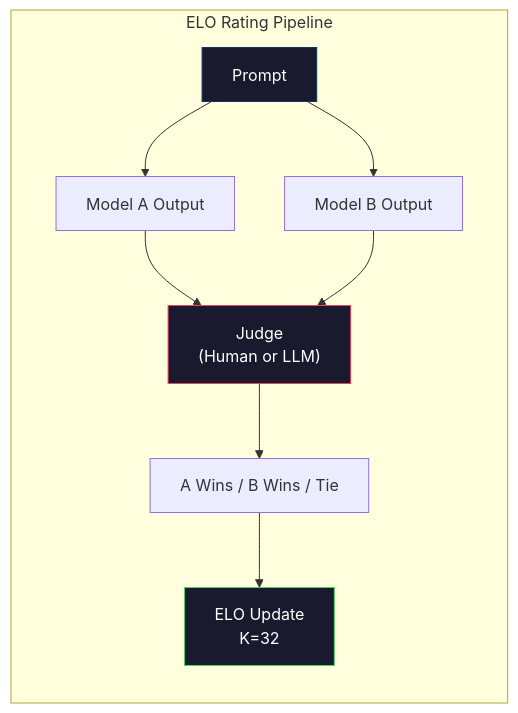
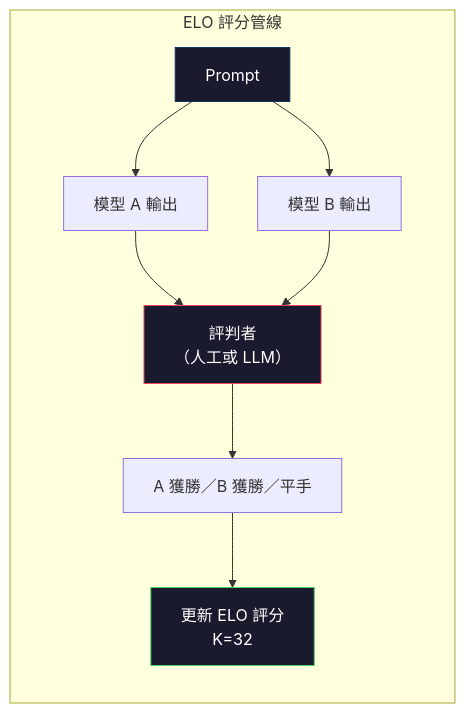
Before and after one commit to edward821220/ai-engineering-from-scratch: the second of 2 diagrams in i18n/zh-TW/phases/10-llms-from-scratch/10-evaluation/docs/zh-TW.md, drawn with Mermaid. The commit also changed other lines of this file and 123 other files, not shown here.

````diff
--- a/i18n/zh-TW/phases/10-llms-from-scratch/10-evaluation/docs/zh-TW.md
+++ b/i18n/zh-TW/phases/10-llms-from-scratch/10-evaluation/docs/zh-TW.md
@@ -92,16 +92,16 @@
 ```mermaid
 graph LR
-    subgraph ELO["ELO Rating Pipeline"]
+    subgraph ELO["ELO 評分管線"]
         direction TB
-        P["Prompt"] --> MA["Model A Output"]
-        P --> MB["Model B Output"]
-        MA --> J["Judge\n(Human or LLM)"]
+        P["Prompt"] --> MA["模型 A 輸出"]
+        P --> MB["模型 B 輸出"]
+        MA --> J["評判者\n（人工或 LLM）"]
         MB --> J
-        J --> W["A Wins / B Wins / Tie"]
-        W --> E["ELO Update\nK=32"]
+        J --> W["A 獲勝／B 獲勝／平手"]
+        W --> E["更新 ELO 評分\nK=32"]
     end
 
     style P fill:#1a1a2e,stroke:#0f3460,color:#fff
     style J fill:#1a1a2e,stroke:#e94560,color:#fff
     style E fill:#1a1a2e,stroke:#51cf66,color:#fff
 ```
````
